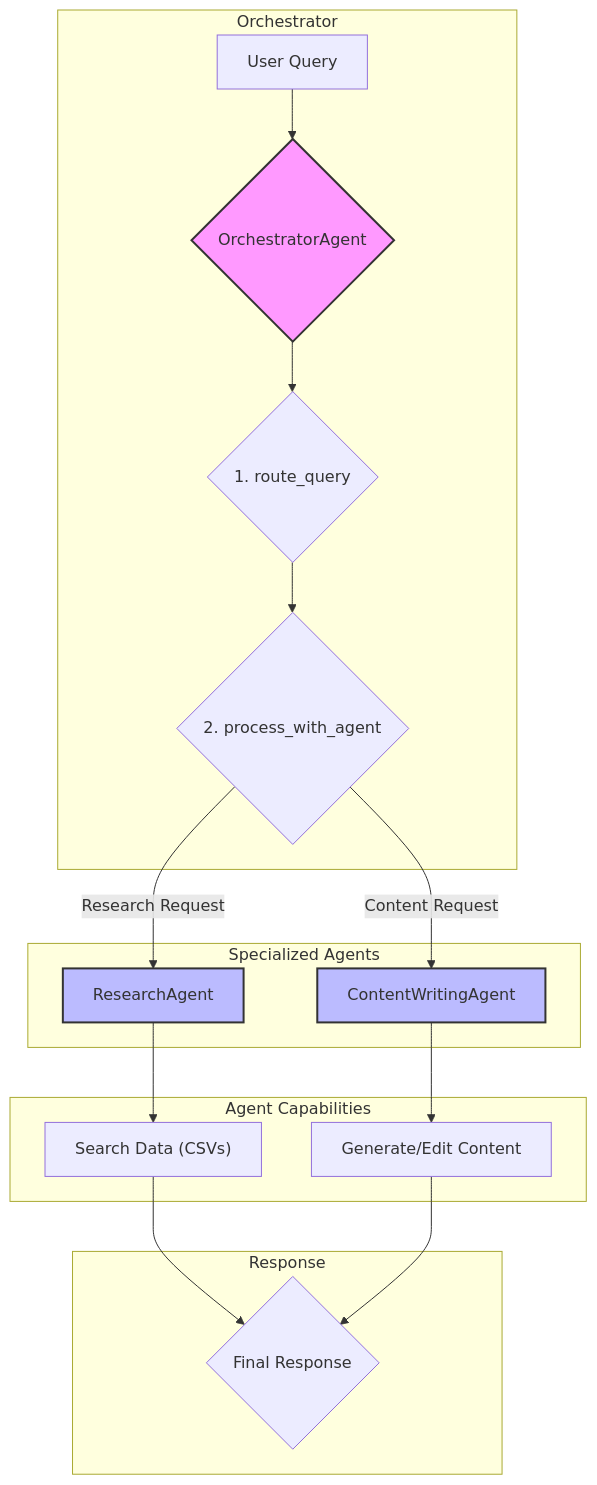
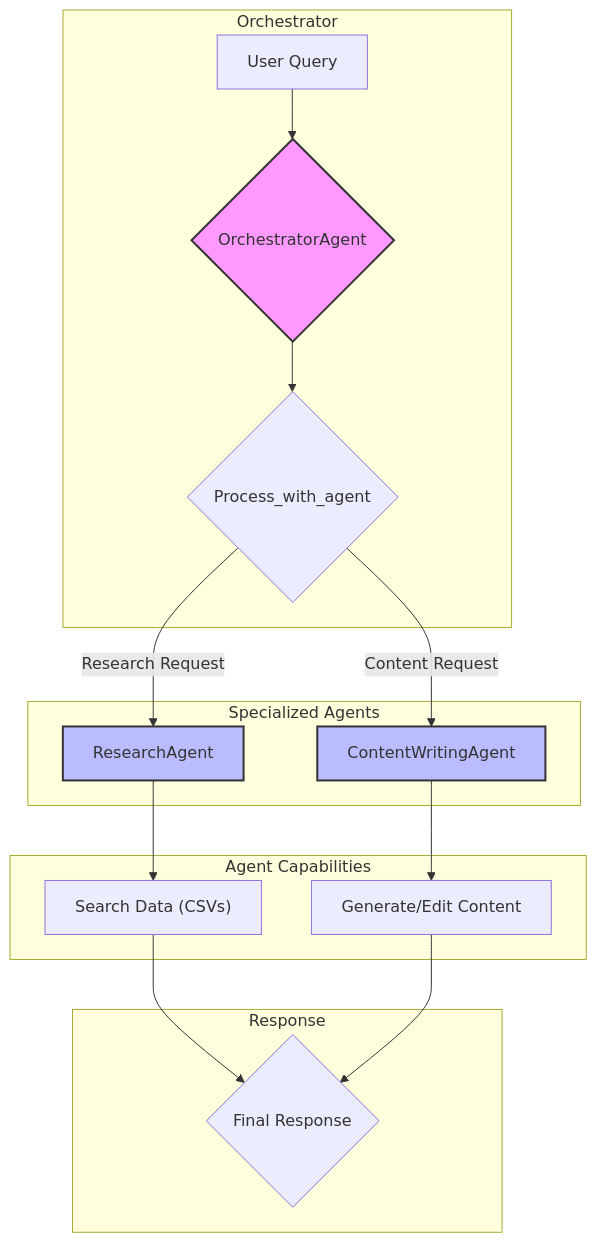
Before and after one commit to victorwancf/agent_exploration: the second of 2 diagrams in README.md, drawn with Mermaid.

````diff
--- a/README.md
+++ b/README.md
@@ -129,27 +129,26 @@
 ```mermaid
 graph TD
     subgraph "Orchestrator"
         A[User Query] --> B{OrchestratorAgent};
-        B --> C{1. route_query};
-        C --> D{2. process_with_agent};
+        B --> D{Process_with_agent};
     end
 
     subgraph "Specialized Agents"
         D -- "Research Request" --> E[ResearchAgent];
         D -- "Content Request" --> F[ContentWritingAgent];
     end
 
     subgraph "Agent Capabilities"
         E --> G["Search Data (CSVs)"];
         F --> H["Generate/Edit Content"];
     end
 
     subgraph "Response"
         G --> I{Final Response};
         H --> I;
     end
 
     style B fill:#f9f,stroke:#333,stroke-width:2px
     style E fill:#bbf,stroke:#333,stroke-width:2px
     style F fill:#bbf,stroke:#333,stroke-width:2px
 ```
````
